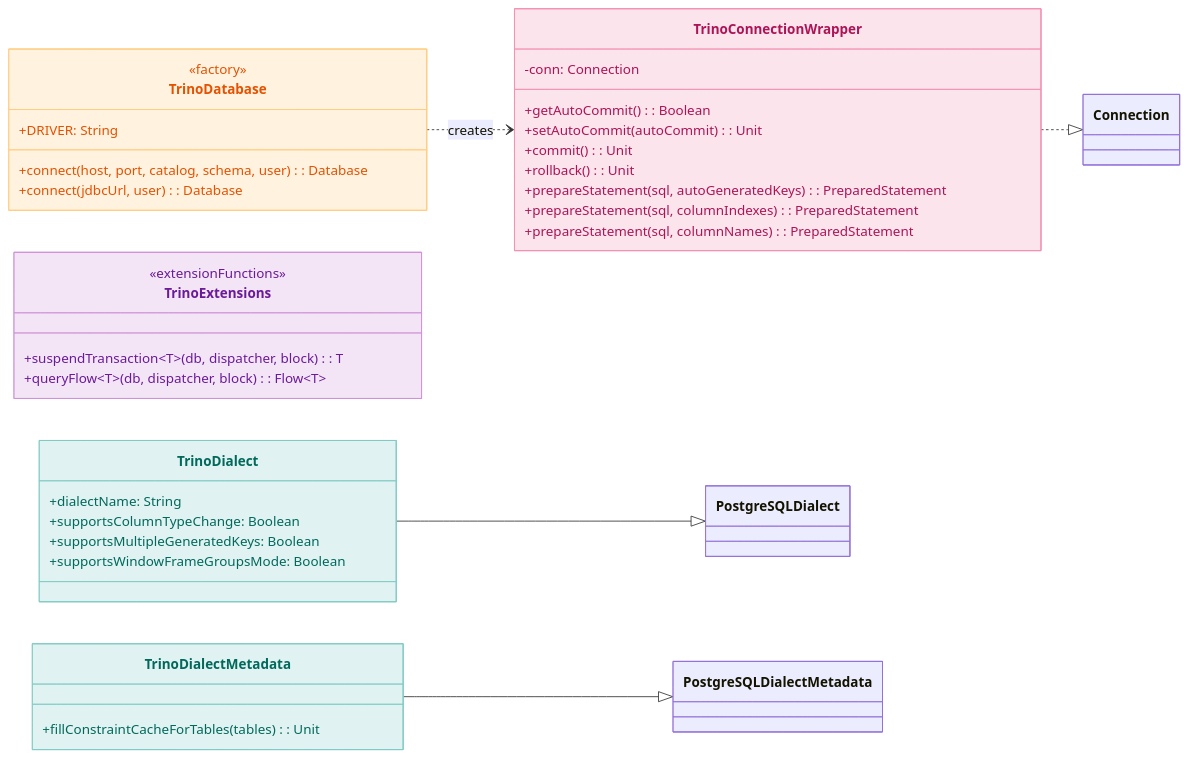
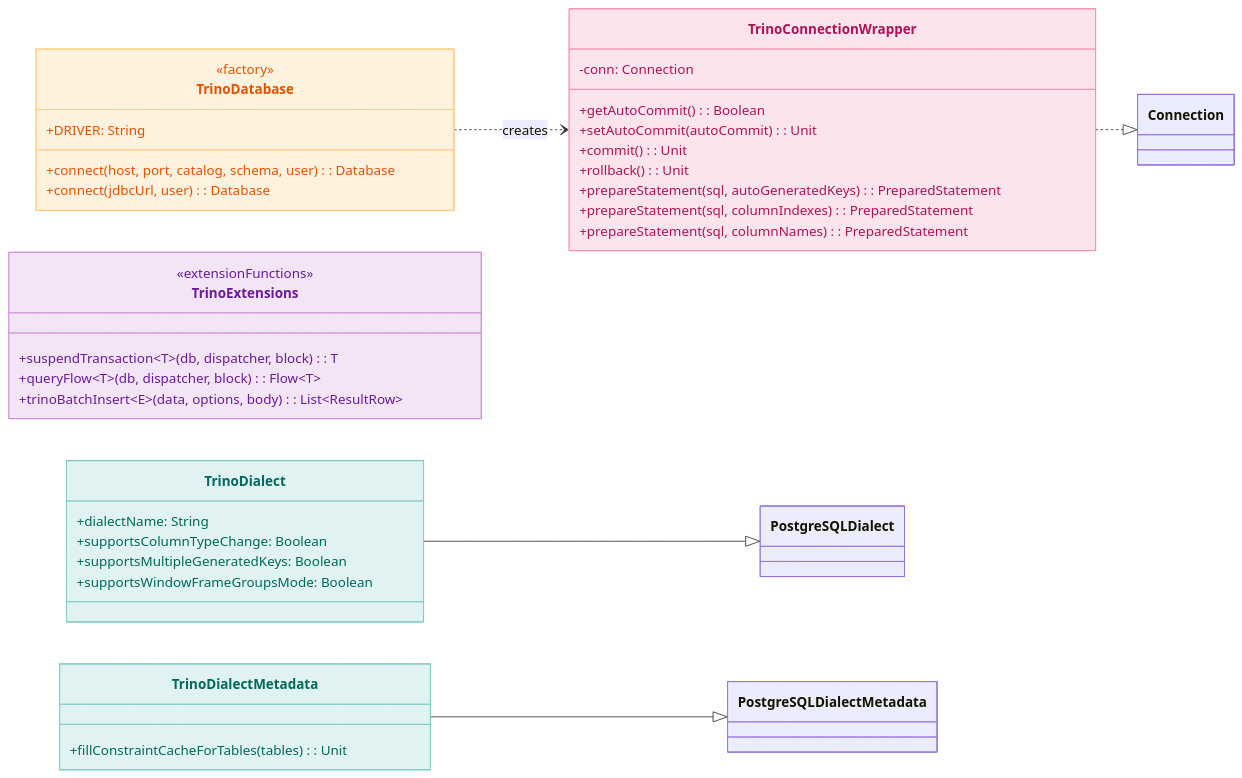
The first of 2 diagrams in exposed/exposed-trino/README.md (bluetape4k/bluetape4k-exposed), drawn with Mermaid before and after one commit. The commit also changed other lines of this file and 7 other files, not shown here.

First line of the commit message:
Bound Trino batch writes to connector-safe chunks

````diff
--- a/exposed/exposed-trino/README.md
+++ b/exposed/exposed-trino/README.md
@@ -206,45 +240,46 @@
 ```mermaid
 classDiagram
     direction LR
     class TrinoDatabase {
         <<factory>>
         +DRIVER: String
         +connect(host, port, catalog, schema, user): Database
         +connect(jdbcUrl, user): Database
     }
     class TrinoExtensions {
         <<extensionFunctions>>
         +suspendTransaction~T~(db, dispatcher, block): T
         +queryFlow~T~(db, dispatcher, block): Flow~T~
+        +trinoBatchInsert~E~(data, options, body): List~ResultRow~
     }
     class TrinoConnectionWrapper {
         -conn: Connection
         +getAutoCommit(): Boolean
         +setAutoCommit(autoCommit): Unit
         +commit(): Unit
         +rollback(): Unit
         +prepareStatement(sql, autoGeneratedKeys): PreparedStatement
         +prepareStatement(sql, columnIndexes): PreparedStatement
         +prepareStatement(sql, columnNames): PreparedStatement
     }
     class TrinoDialect {
         +dialectName: String
         +supportsColumnTypeChange: Boolean
         +supportsMultipleGeneratedKeys: Boolean
         +supportsWindowFrameGroupsMode: Boolean
     }
     class TrinoDialectMetadata {
         +fillConstraintCacheForTables(tables): Unit
     }
 
     TrinoDialect --|> PostgreSQLDialect
     TrinoDialectMetadata --|> PostgreSQLDialectMetadata
     TrinoDatabase ..> TrinoConnectionWrapper : creates
     TrinoConnectionWrapper ..|> Connection
 
     style TrinoDatabase fill:#FFF3E0,stroke:#FFCC80,color:#E65100
     style TrinoExtensions fill:#F3E5F5,stroke:#CE93D8,color:#6A1B9A
     style TrinoConnectionWrapper fill:#FCE4EC,stroke:#F48FB1,color:#AD1457
     style TrinoDialect fill:#E0F2F1,stroke:#80CBC4,color:#00695C
     style TrinoDialectMetadata fill:#E0F2F1,stroke:#80CBC4,color:#00695C
 ```
````
